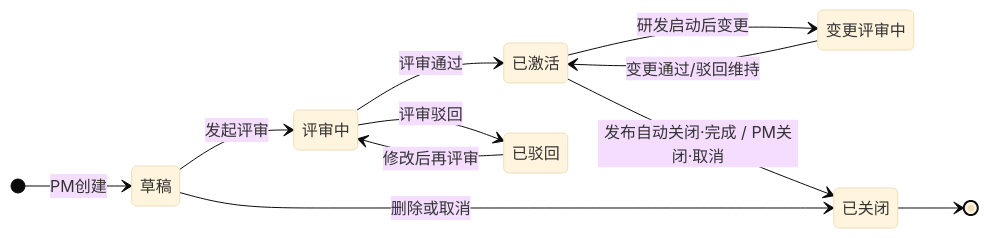
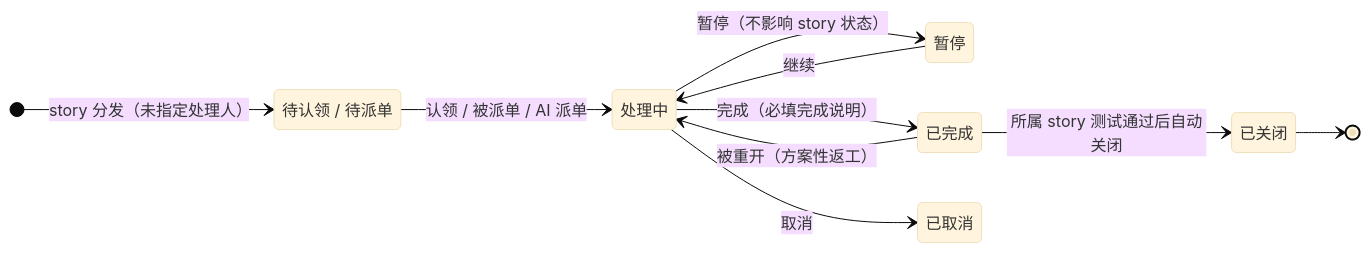
Diagram 12 of 14 in docs/PRODUCT/需求流转与版本管理设计方案.md (dhualai/OpenRobotService), drawn with Mermaid (base theme) before and after one commit. The commit also changed other lines of this file, not shown here.

````diff
--- a/docs/PRODUCT/需求流转与版本管理设计方案.md
+++ b/docs/PRODUCT/需求流转与版本管理设计方案.md
@@ -585,20 +810,19 @@
 ```mermaid
 stateDiagram-v2
     direction LR
-    state "草稿" as d
-    state "评审中" as r
-    state "已激活" as a
-    state "已驳回" as j
-    state "变更评审中" as c
-    state "已关闭" as x
-    [*] --> d: PM创建
-    d --> r: 发起评审
-    r --> a: 评审通过
-    r --> j: 评审驳回
-    j --> r: 修改后再评审
-    a --> c: 研发启动后变更
-    c --> a: 变更通过/驳回维持
-    a --> x: 发布自动关闭·完成 / PM关闭·取消
-    d --> x: 删除或取消
-    x --> [*]
+    state "待认领 / 待派单" as t0
+    state "处理中" as t1
+    state "暂停" as t2
+    state "已完成" as t3
+    state "已关闭" as t4
+    state "已取消" as t5
+    [*] --> t0: story 分发（未指定处理人）
+    t0 --> t1: 认领 / 被派单 / AI 派单
+    t1 --> t2: 暂停（不影响 story 状态）
+    t2 --> t1: 继续
+    t1 --> t3: 完成（必填完成说明）
+    t3 --> t1: 被重开（方案性返工）
+    t3 --> t4: 所属 story 测试通过后自动关闭
+    t1 --> t5: 取消
+    t4 --> [*]
 ```
````
